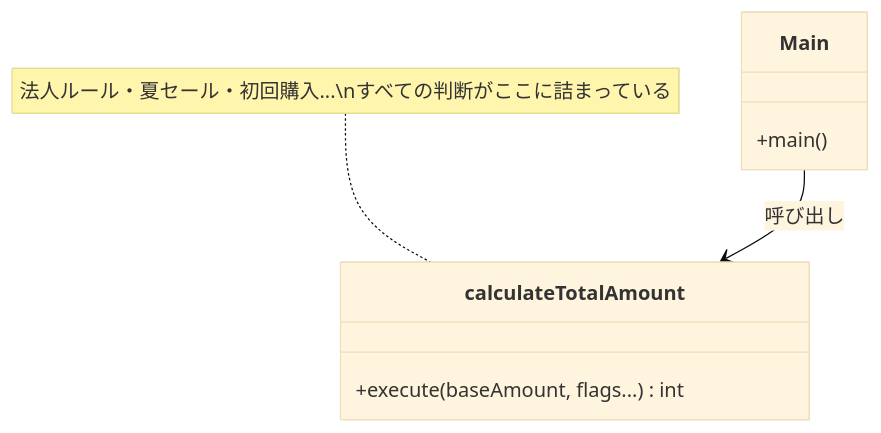
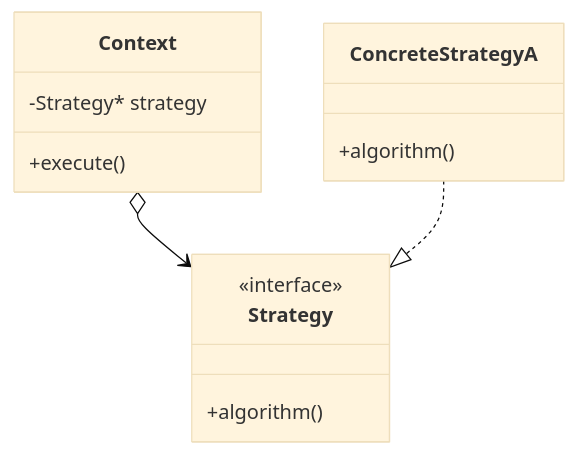
The sixth of 7 diagrams in kindle/design-patterns/output/chapter01.md (kumachan1101-pixel/DesignPattern), drawn with Mermaid (base theme) before and after one commit. The commit also changed other lines of this file and 11 other files, not shown here.

````diff
--- a/kindle/design-patterns/output/chapter01.md
+++ b/kindle/design-patterns/output/chapter01.md
@@ -54,13 +966,17 @@
 ```mermaid
 classDiagram
-    class Main {
-        +main()
+    class Context {
+        -Strategy* strategy
+        +execute()
     }
-    class calculateTotalAmount {
-        +execute(baseAmount, flags...) int
+    class Strategy {
+        <<interface>>
+        +algorithm()
     }
+    class ConcreteStrategyA {
+        +algorithm()
+    }
+    Context o--> Strategy
+    ConcreteStrategyA ..|> Strategy
 
-    Main --> calculateTotalAmount : 呼び出し
-
-    note for calculateTotalAmount "法人ルール・夏セール・初回購入...\nすべての判断がここに詰まっている"
 ```
````
